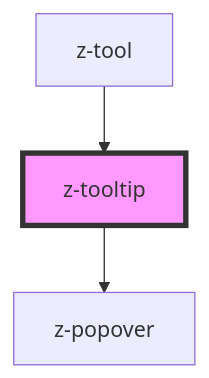
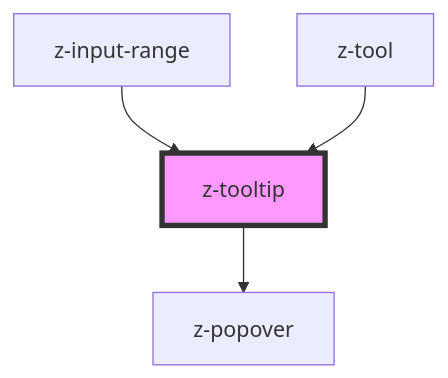
The diagram in src/components/z-tooltip/readme.md (ZanichelliEditore/design-system), drawn with Mermaid before and after one commit. The commit also changed other lines of this file and 8 other files, not shown here.

Commit message:
feat: z-input-range component

````diff
--- a/src/components/z-tooltip/readme.md
+++ b/src/components/z-tooltip/readme.md
@@ -73,6 +74,7 @@
 ```mermaid
 graph TD;
   z-tooltip --> z-popover
+  z-input-range --> z-tooltip
   z-tool --> z-tooltip
   style z-tooltip fill:#f9f,stroke:#333,stroke-width:4px
 ```
````
